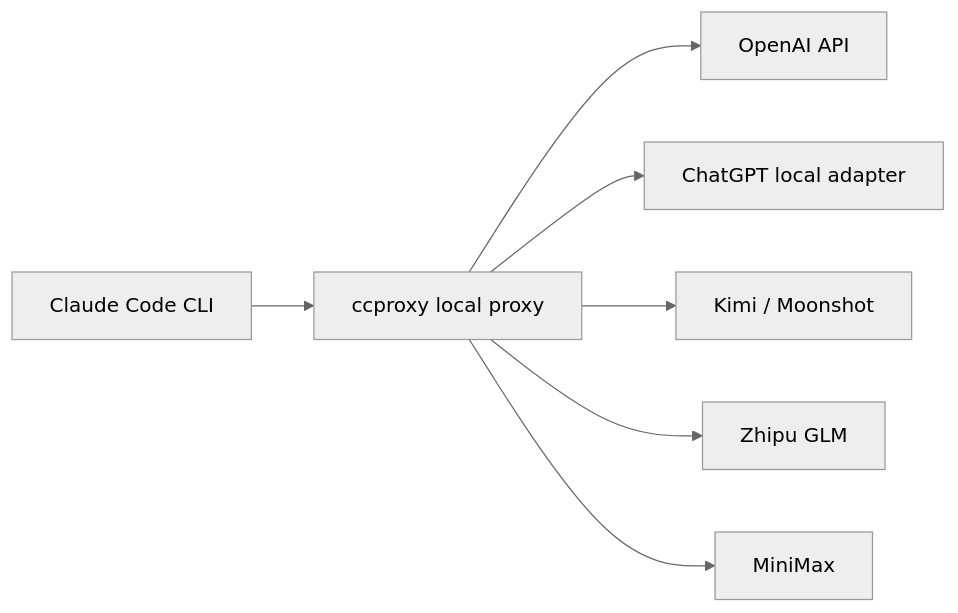
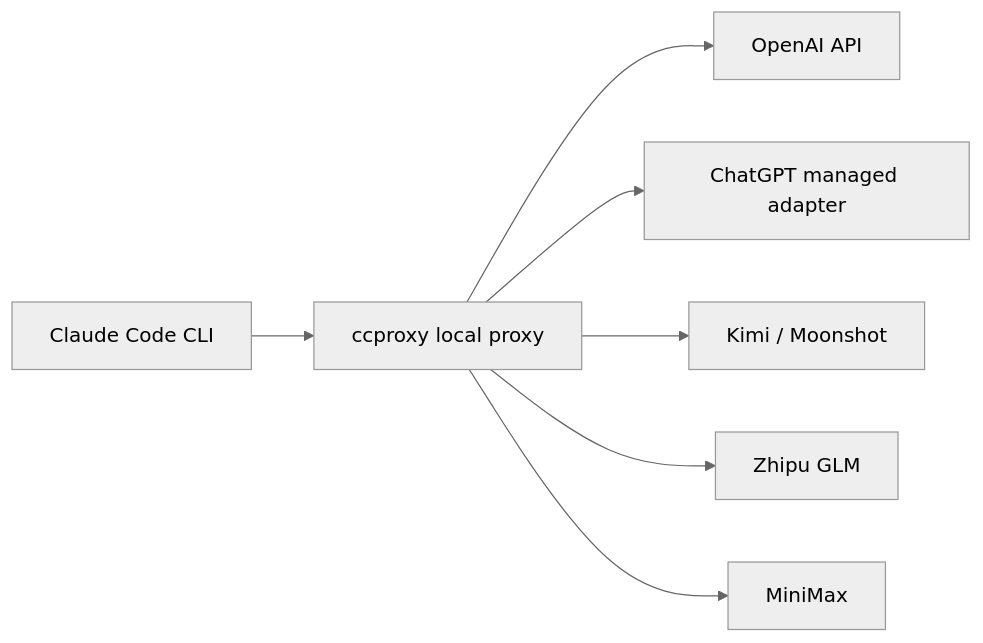
Before and after one commit to shuaishuaiZhu-ai/claude-code-proxy: the diagram in README.zh-CN.md, drawn with Mermaid (neutral theme). The commit also changed other lines of this file and 20 other files, not shown here.

Commit message:
Manage ChatGPT subscription adapter

````diff
--- a/README.zh-CN.md
+++ b/README.zh-CN.md
@@ -21,9 +23,9 @@
 ```mermaid
 flowchart LR
   Claude["Claude Code CLI"] --> Proxy["ccproxy local proxy"]
   Proxy --> OpenAI["OpenAI API"]
-  Proxy --> ChatGPT["ChatGPT local adapter"]
+  Proxy --> ChatGPT["ChatGPT managed adapter"]
   Proxy --> Kimi["Kimi / Moonshot"]
   Proxy --> GLM["Zhipu GLM"]
   Proxy --> MiniMax["MiniMax"]
 ```
````
